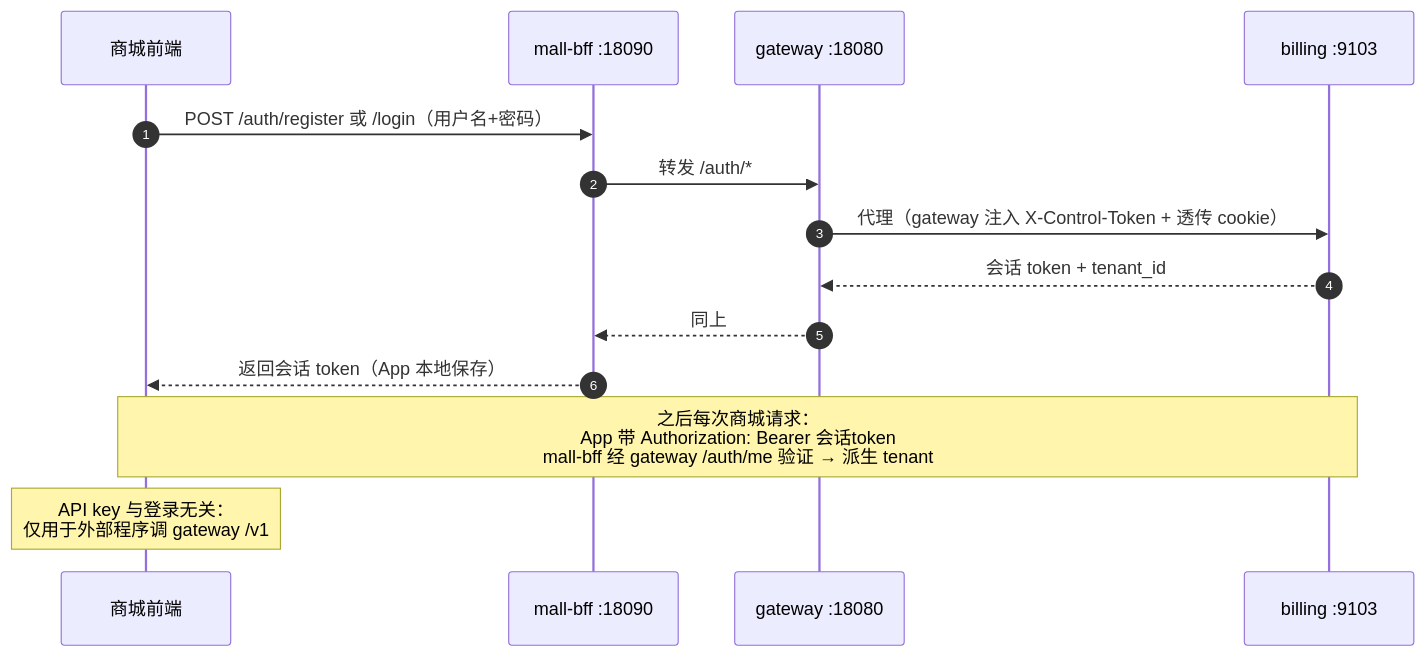
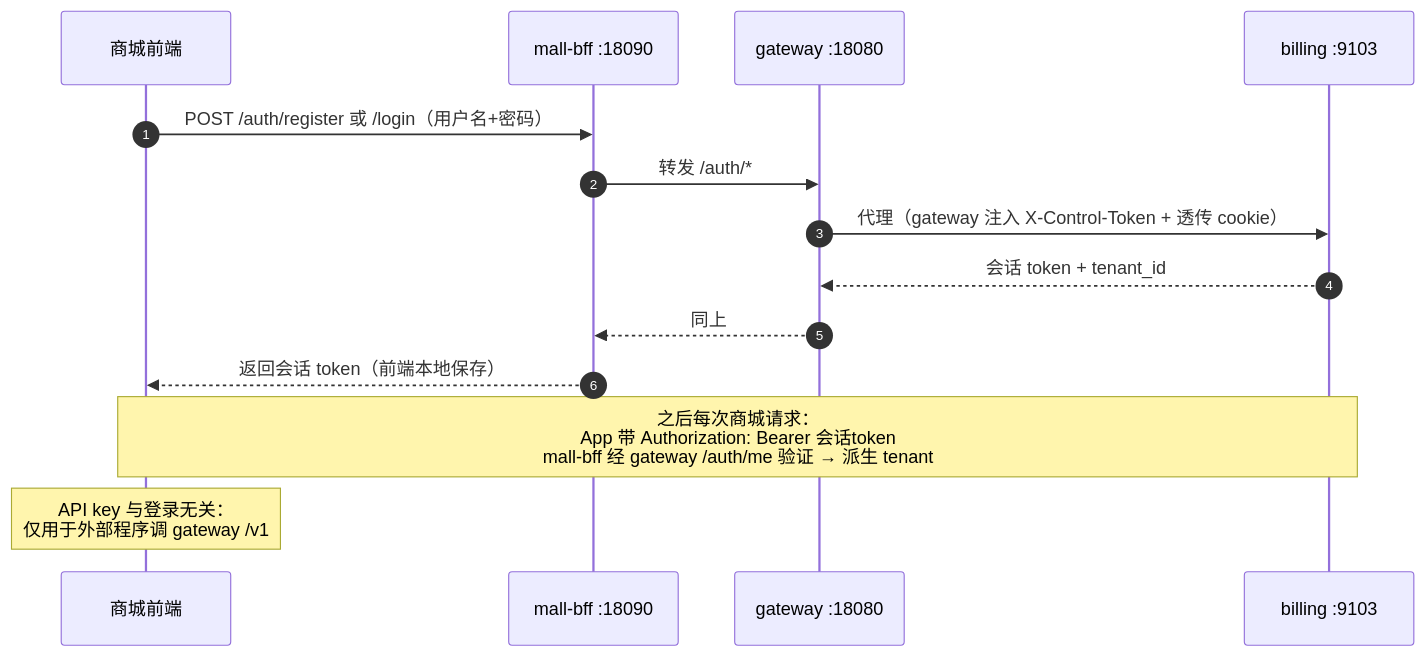
The seventh of 8 diagrams in docs/architecture.md (frostloom/my-market), drawn with Mermaid before and after one commit. The commit also changed other lines of this file and 3 other files, not shown here.

Commit message:
docs: v0.5 frontend scope sweep (flow diagram participants, repo layout web/, admin API pointer, same-origin hosting notes)

````diff
--- a/docs/architecture.md
+++ b/docs/architecture.md
@@ -259,17 +259,17 @@
 ```mermaid
 sequenceDiagram
     autonumber
     participant A as 商城前端
     participant B as mall-bff :18090
     participant G as gateway :18080
     participant L as billing :9103
 
     A->>B: POST /auth/register 或 /login（用户名+密码）
     B->>G: 转发 /auth/*
     G->>L: 代理（gateway 注入 X-Control-Token + 透传 cookie）
     L-->>G: 会话 token + tenant_id
     G-->>B: 同上
-    B-->>A: 返回会话 token（App 本地保存）
+    B-->>A: 返回会话 token（前端本地保存）
     note over A,L: 之后每次商城请求：<br/>App 带 Authorization: Bearer 会话token<br/>mall-bff 经 gateway /auth/me 验证 → 派生 tenant
     note over A: API key 与登录无关：<br/>仅用于外部程序调 gateway /v1
 ```
````
